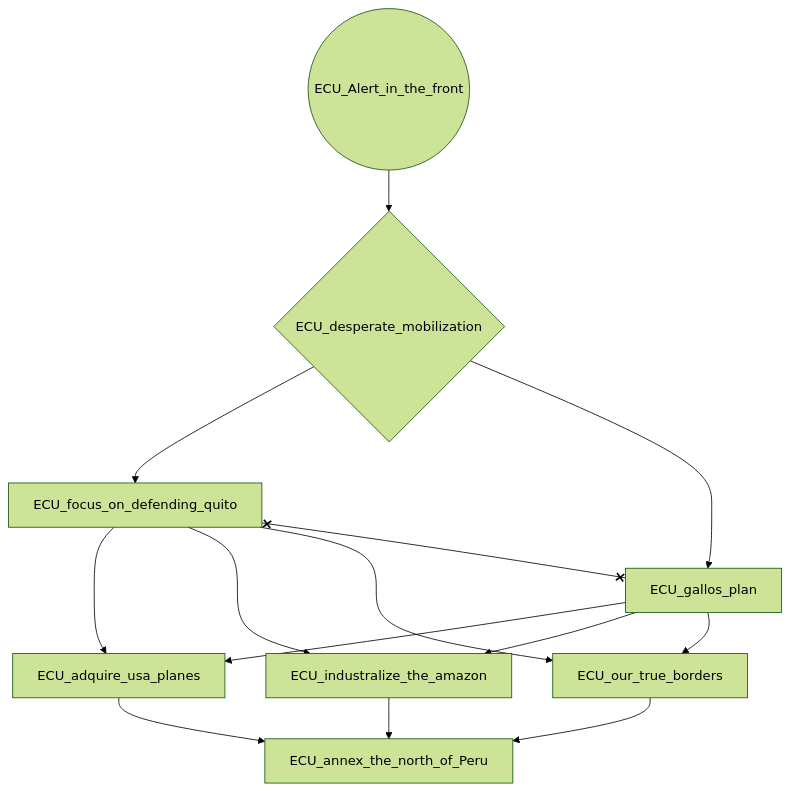
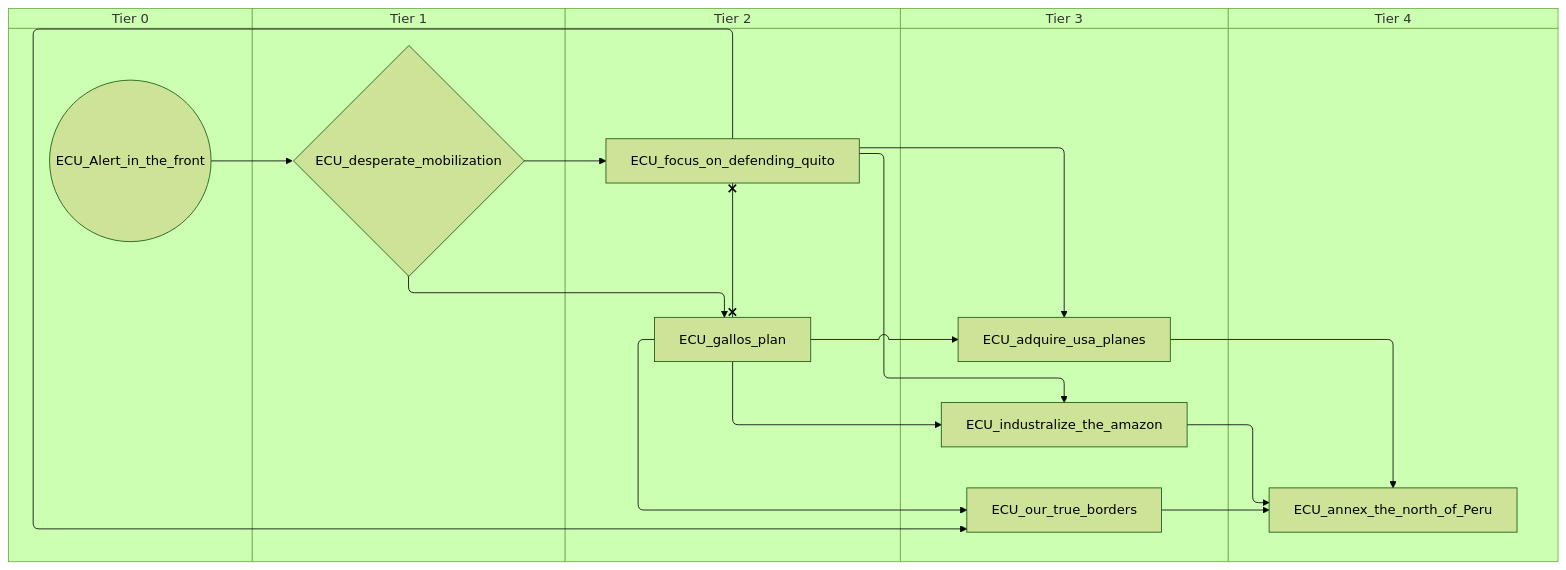
Before and after one commit to evgeny-sobol/hoi4-sandbox-mode-r56: the diagram in docs/gdd/National Focuses/r56/r56_ecuador.md, drawn with Mermaid (forest theme). The commit also changed 423 other files, not shown here.

First line of the commit message:
Re-export Rt56 focus trees as swimlane diagrams

````diff
--- a/docs/gdd/National Focuses/r56/r56_ecuador.md
+++ b/docs/gdd/National Focuses/r56/r56_ecuador.md
@@ -3,24 +3,34 @@
 ```mermaid
-flowchart TD
-    n1(("ECU_Alert_in_the_front"))
-    n2["ECU_adquire_usa_planes"]
-    n3["ECU_annex_the_north_of_Peru"]
-    n4{"ECU_desperate_mobilization"}
-    n5["ECU_focus_on_defending_quito"]
-    n6["ECU_gallos_plan"]
-    n7["ECU_industralize_the_amazon"]
-    n8["ECU_our_true_borders"]
-    n5 --> n2
-    n6 --> n2
-    n7 --> n3
-    n8 --> n3
+swimlane-beta TD
+    subgraph tier_0["Tier 0"]
+        n1(("ECU_Alert_in_the_front"))
+    end
+    subgraph tier_1["Tier 1"]
+        n2{"ECU_desperate_mobilization"}
+    end
+    subgraph tier_2["Tier 2"]
+        n3["ECU_focus_on_defending_quito"]
+        n4["ECU_gallos_plan"]
+    end
+    subgraph tier_3["Tier 3"]
+        n5["ECU_adquire_usa_planes"]
+        n6["ECU_industralize_the_amazon"]
+        n7["ECU_our_true_borders"]
+    end
+    subgraph tier_4["Tier 4"]
+        n8["ECU_annex_the_north_of_Peru"]
+    end
+    n3 --> n5
+    n4 --> n5
+    n6 --> n8
+    n7 --> n8
+    n5 --> n8
+    n1 --> n2
     n2 --> n3
-    n1 --> n4
-    n4 --> n5
+    n2 --> n4
+    n3 --> n6
     n4 --> n6
-    n5 --> n7
-    n6 --> n7
-    n5 --> n8
-    n6 --> n8
-    n5 x--x n6
+    n3 --> n7
+    n4 --> n7
+    n3 x--x n4
 ```
````
